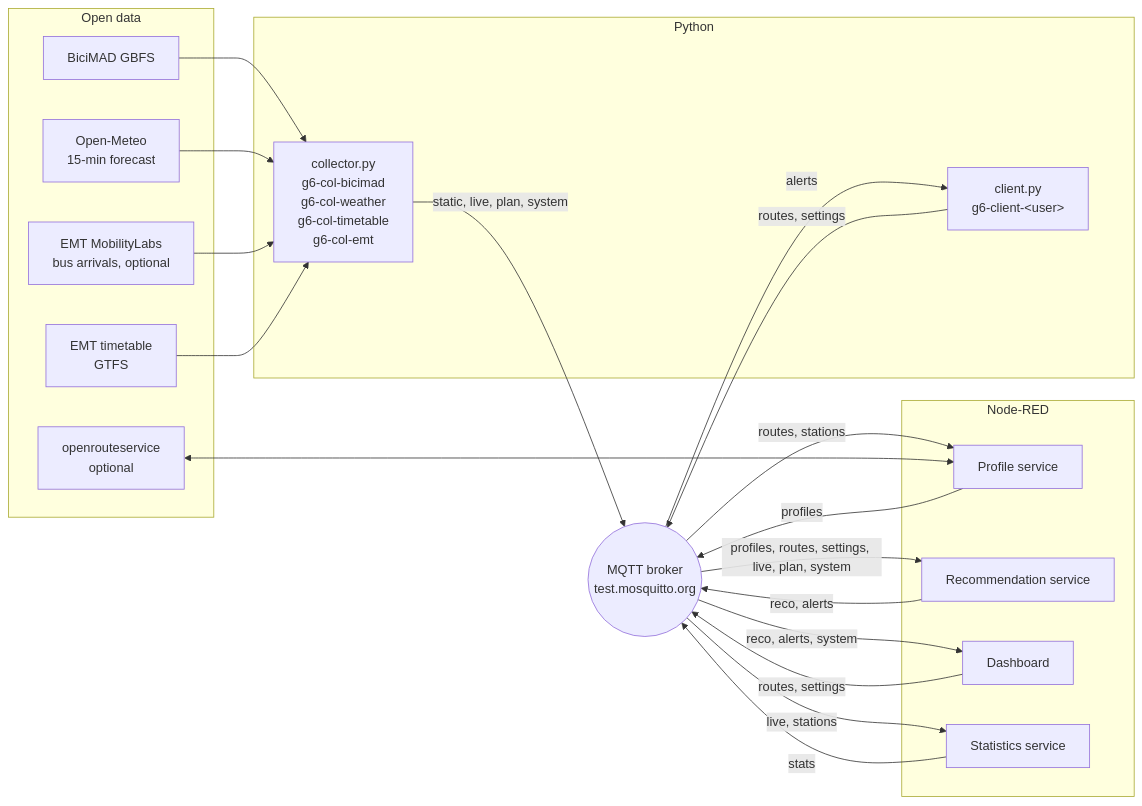
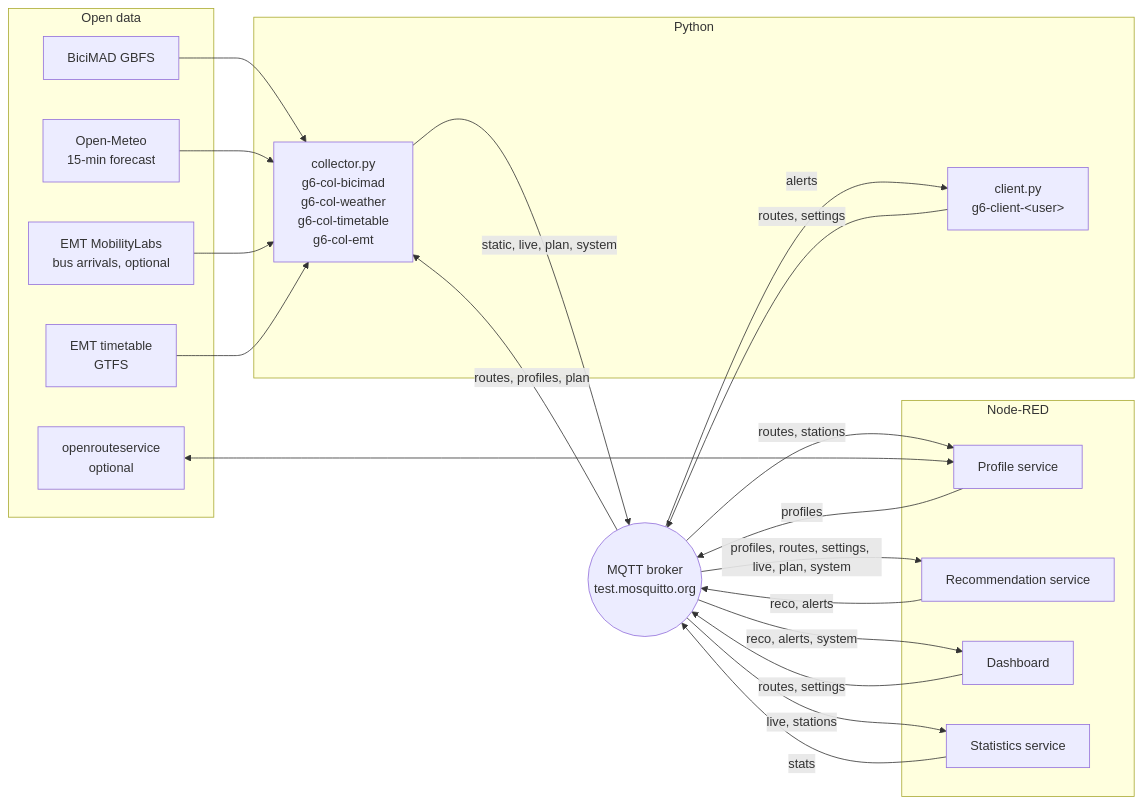
Before and after one commit to gabninos/madrid-move: the diagram in README.md, drawn with Mermaid. The commit also changed other lines of this file and 2 other files, not shown here.

````diff
--- a/README.md
+++ b/README.md
@@ -17,38 +17,39 @@
 ```mermaid
 flowchart LR
   subgraph APIs["Open data"]
     GBFS[BiciMAD GBFS]
     OM[Open-Meteo<br/>15-min forecast]
     ORS[openrouteservice<br/>optional]
     EMT[EMT MobilityLabs<br/>bus arrivals, optional]
     GTFS[EMT timetable<br/>GTFS]
   end
   subgraph PY["Python"]
     COL[collector.py<br/>g6-col-bicimad<br/>g6-col-weather<br/>g6-col-timetable<br/>g6-col-emt]
     CLI[client.py<br/>g6-client-&lt;user&gt;]
   end
   subgraph NR["Node-RED"]
     PD[Profile service]
     RE[Recommendation service]
     DB[Dashboard]
     STA[Statistics service]
   end
   BR((MQTT broker<br/>test.mosquitto.org))
 
   GBFS --> COL
   OM --> COL
   EMT --> COL
   GTFS --> COL
   COL -- static, live, plan, system --> BR
+  BR -- routes, profiles, plan --> COL
   CLI -- routes, settings --> BR
   BR -- alerts --> CLI
   BR -- routes, stations --> PD
   ORS <--> PD
   PD -- profiles --> BR
   BR -- profiles, routes, settings, live, plan, system --> RE
   RE -- reco, alerts --> BR
   BR -- reco, alerts, system --> DB
   DB -- routes, settings --> BR
   BR -- live, stations --> STA
   STA -- stats --> BR
 ```
````
